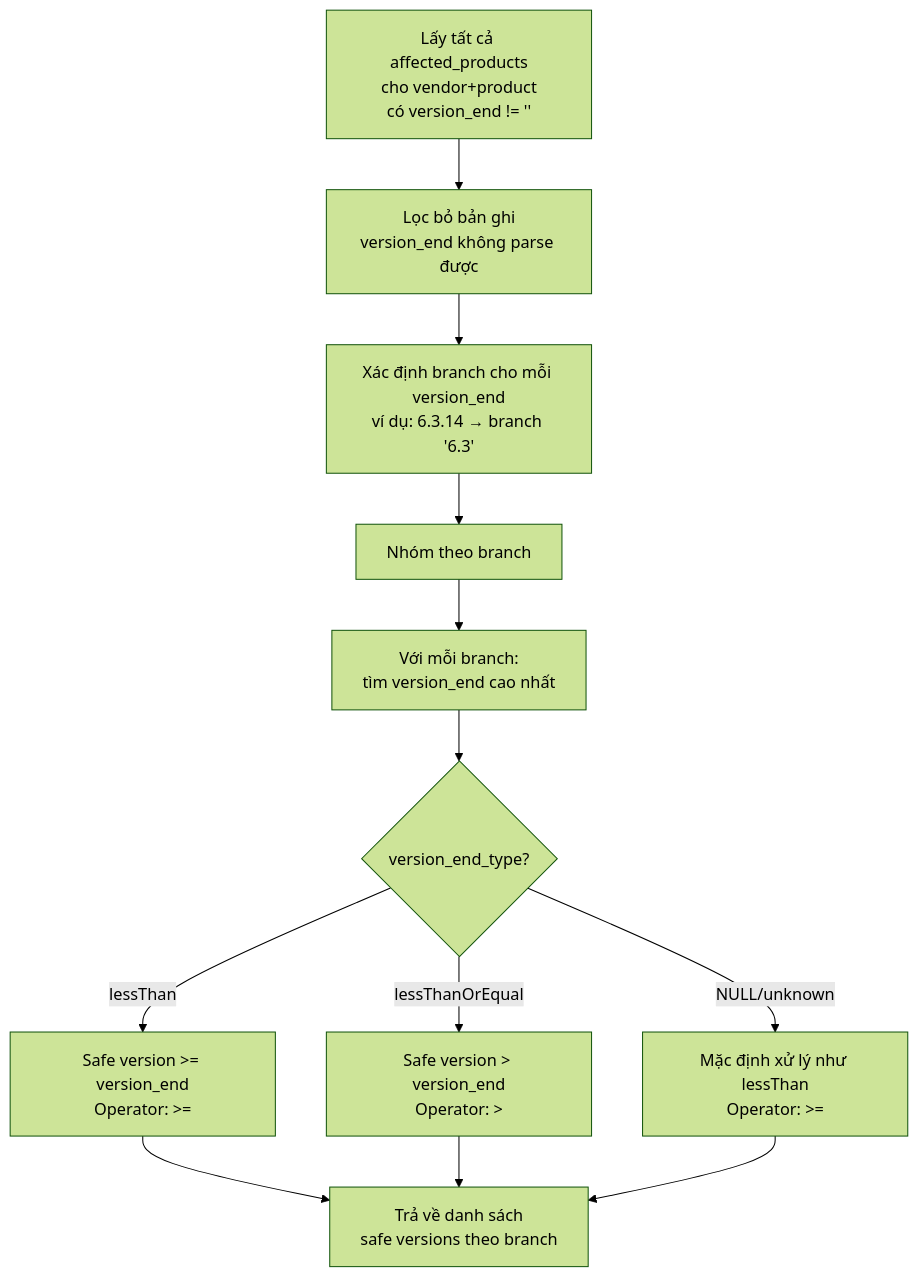
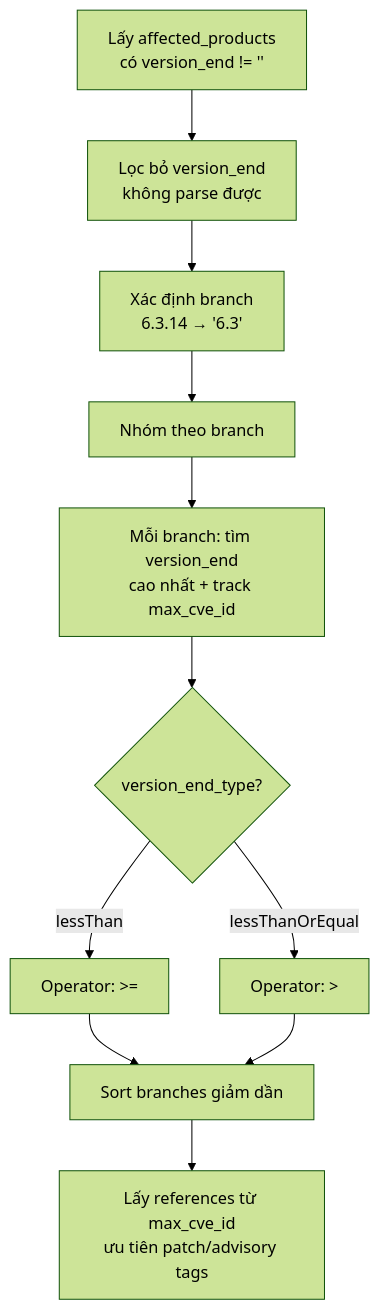
The third of 3 diagrams in .kiro/specs/cve-database-website/design.md (haunvsec/Secure-software), drawn with Mermaid (forest theme) before and after one commit. The commit also changed other lines of this file and 33 other files, not shown here.

First line of the commit message:
feat(cve-database): Add fixed CVEs page and version details view

````diff
--- a/.kiro/specs/cve-database-website/design.md
+++ b/.kiro/specs/cve-database-website/design.md
@@ -340,14 +299,13 @@
 ```mermaid
 flowchart TD
-    A["Lấy tất cả affected_products<br/>cho vendor+product<br/>có version_end != ''"] --> B["Lọc bỏ bản ghi<br/>version_end không parse được"]
-    B --> C["Xác định branch cho mỗi version_end<br/>ví dụ: 6.3.14 → branch '6.3'"]
+    A["Lấy affected_products<br/>có version_end != ''"] --> B["Lọc bỏ version_end<br/>không parse được"]
+    B --> C["Xác định branch<br/>6.3.14 → '6.3'"]
     C --> D["Nhóm theo branch"]
-    D --> E["Với mỗi branch:<br/>tìm version_end cao nhất"]
+    D --> E["Mỗi branch: tìm version_end<br/>cao nhất + track max_cve_id"]
     E --> F{"version_end_type?"}
-    F -->|lessThan| G["Safe version >= version_end<br/>Operator: >="]
-    F -->|lessThanOrEqual| H["Safe version > version_end<br/>Operator: >"]
-    F -->|NULL/unknown| I["Mặc định xử lý như lessThan<br/>Operator: >="]
-    G --> J["Trả về danh sách<br/>safe versions theo branch"]
-    H --> J
-    I --> J
+    F -->|lessThan| G["Operator: >="]
+    F -->|lessThanOrEqual| H["Operator: >"]
+    G --> I["Sort branches giảm dần"]
+    H --> I
+    I --> J["Lấy references từ max_cve_id<br/>ưu tiên patch/advisory tags"]
 ```
````
